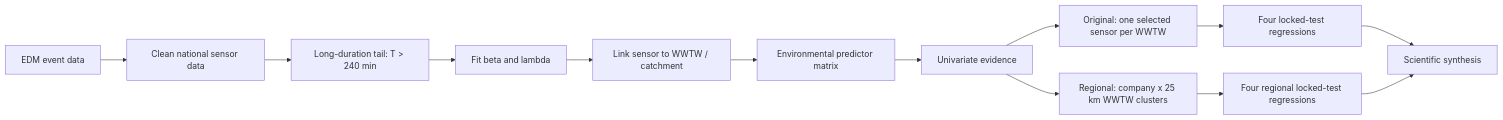
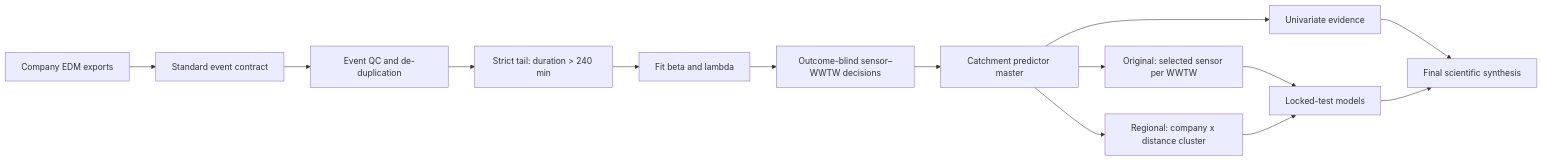
Before and after one commit to zainahmed7771/Individual-CSO-sensor-Analysis: the diagram in README.md, drawn with Mermaid. The commit also changed other lines of this file and 67 other files, not shown here.

````diff
--- a/README.md
+++ b/README.md
@@ -17,15 +68,16 @@
 ```mermaid
 flowchart LR
-  A[EDM event data] --> B[Clean national sensor data]
-  B --> C[Long-duration tail: T > 240 min]
-  C --> D[Fit beta and lambda]
-  D --> E[Link sensor to WWTW / catchment]
-  E --> F[Environmental predictor matrix]
-  F --> G[Univariate evidence]
-  G --> H[Original: one selected sensor per WWTW]
-  G --> I[Regional: company x 25 km WWTW clusters]
-  H --> J[Four locked-test regressions]
-  I --> K[Four regional locked-test regressions]
-  J --> L[Scientific synthesis]
+  A[Company EDM exports] --> B[Standard event contract]
+  B --> C[Event QC and de-duplication]
+  C --> D[Strict tail: duration > 240 min]
+  D --> E[Fit beta and lambda]
+  E --> F[Outcome-blind sensor–WWTW decisions]
+  F --> G[Catchment predictor master]
+  G --> H[Univariate evidence]
+  G --> I[Original: selected sensor per WWTW]
+  G --> J[Regional: company x distance cluster]
+  I --> K[Locked-test models]
+  J --> K
+  H --> L[Final scientific synthesis]
   K --> L
 ```
````
